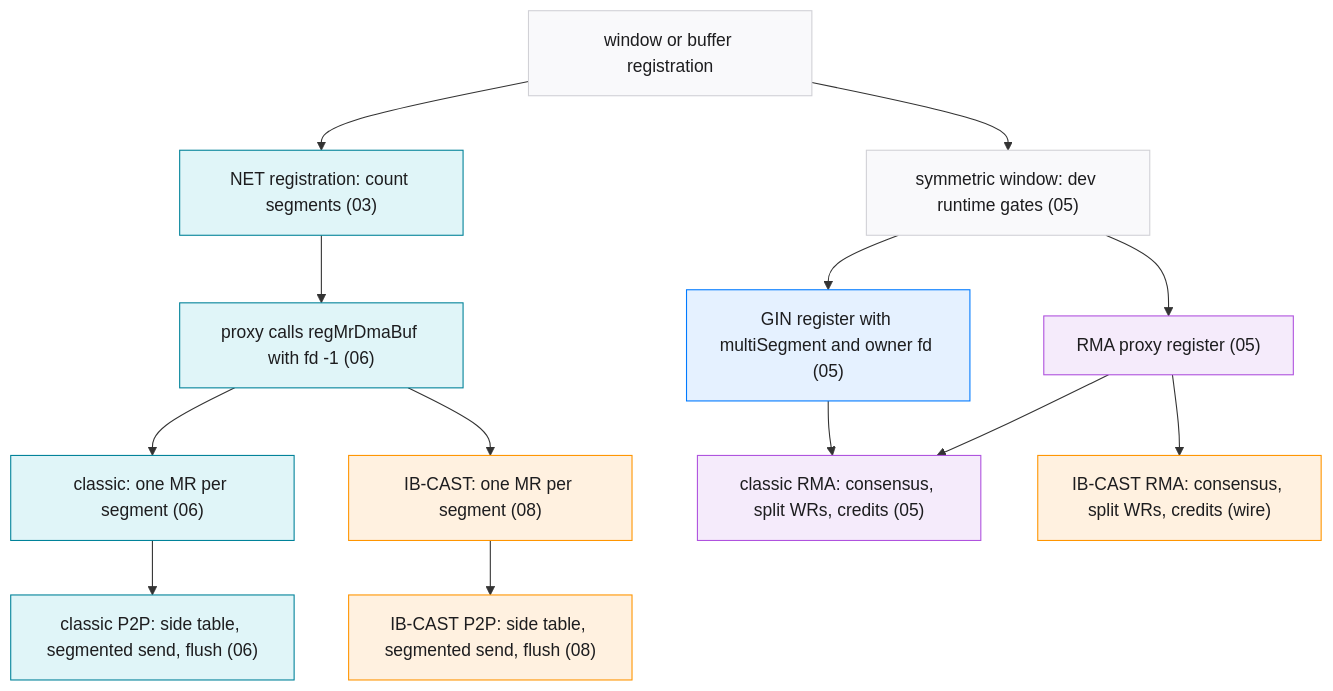
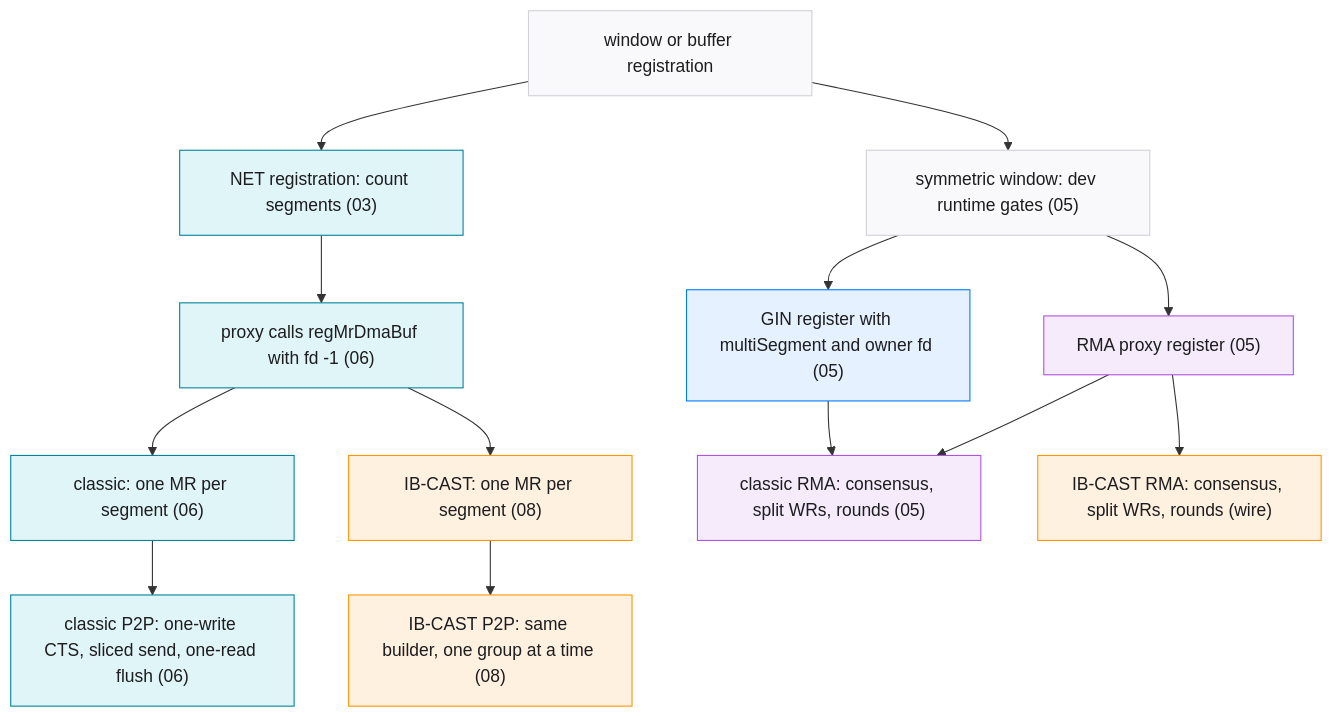
Before and after one commit to ROCm/rocm-systems: the diagram in projects/rccl/docs/design/multi_segment_code_map.md, drawn with Mermaid. The commit also changed other lines of this file and 16 other files, not shown here.

````diff
--- a/projects/rccl/docs/design/multi_segment_code_map.md
+++ b/projects/rccl/docs/design/multi_segment_code_map.md
@@ -11,26 +14,26 @@
 ```mermaid
 %% caption: How the registration and data-path layers connect, with the layer that owns each step
 flowchart TD
  win["window or buffer registration"] --> netreg["NET registration: count segments (03)"]
  win --> devr["symmetric window: dev runtime gates (05)"]
  devr --> ginreg["GIN register with multiSegment and owner fd (05)"]
  devr --> rmareg["RMA proxy register (05)"]
  netreg --> proxy["proxy calls regMrDmaBuf with fd -1 (06)"]
  proxy --> classicreg["classic: one MR per segment (06)"]
  proxy --> castreg["IB-CAST: one MR per segment (08)"]
- rmareg --> classicrma["classic RMA: consensus, split WRs, credits (05)"]
- rmareg --> castrma["IB-CAST RMA: consensus, split WRs, credits (wire)"]
+ rmareg --> classicrma["classic RMA: consensus, split WRs, rounds (05)"]
+ rmareg --> castrma["IB-CAST RMA: consensus, split WRs, rounds (wire)"]
  ginreg --> classicrma
- classicreg --> classicp2p["classic P2P: side table, segmented send, flush (06)"]
- castreg --> castp2p["IB-CAST P2P: side table, segmented send, flush (08)"]
+ classicreg --> classicp2p["classic P2P: one-write CTS, sliced send, one-read flush (06)"]
+ castreg --> castp2p["IB-CAST P2P: same builder, one group at a time (08)"]
  classDef gin fill:#e5f1ff,stroke:#007aff,color:#1d1d1f
  classDef rma fill:#f5ebfb,stroke:#af52de,color:#1d1d1f
  classDef netib fill:#e0f5f8,stroke:#008299,color:#1d1d1f
  classDef ibcast fill:#fff1e0,stroke:#ff9500,color:#1d1d1f
  classDef neutral fill:#f9f9fb,stroke:#d1d1d6,color:#1d1d1f
  class win,devr neutral
  class ginreg gin
  class rmareg,classicrma rma
  class netreg,proxy,classicreg,classicp2p netib
  class castreg,castp2p,castrma ibcast
 ```
````
